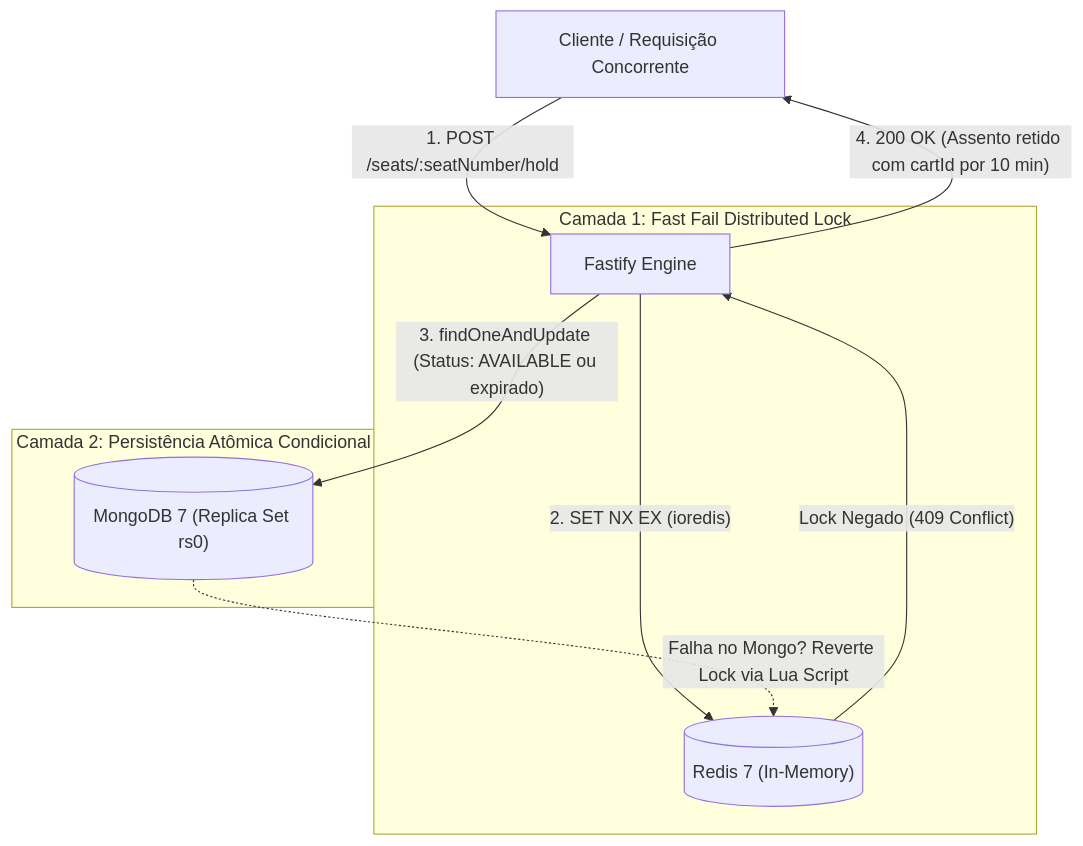
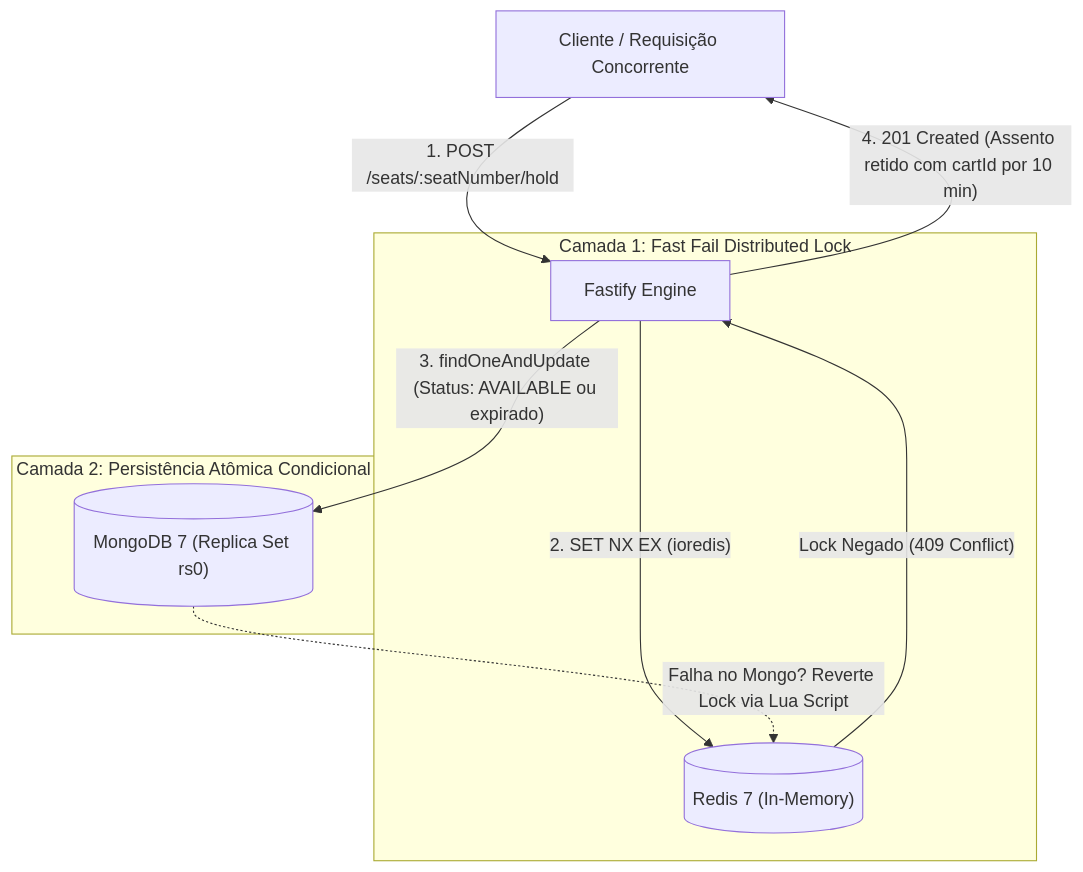
The diagram in README.md (rparana/poc-asaas), drawn with Mermaid before and after one commit. The commit also changed other lines of this file and 5 other files, not shown here.

````diff
--- a/README.md
+++ b/README.md
@@ -17,16 +22,16 @@
 ```mermaid
 flowchart TD
     Client["Cliente / Requisição Concorrente"] -->|"1. POST /seats/:seatNumber/hold"| API["Fastify Engine"]
     
     subgraph Camada 1: Fast Fail Distributed Lock
         API -->|"2. SET NX EX (ioredis)"| Redis[("Redis 7 (In-Memory)")]
         Redis -- "Lock Negado (409 Conflict)" --> API
     end
 
     subgraph Camada 2: Persistência Atômica Condicional
         API -->|"3. findOneAndUpdate (Status: AVAILABLE ou expirado)"| Mongo[("MongoDB 7 (Replica Set rs0)")]
         Mongo -. "Falha no Mongo? Reverte Lock via Lua Script" .-> Redis
     end
 
-    API -->|"4. 200 OK (Assento retido com cartId por 10 min)"| Client
+    API -->|"4. 201 Created (Assento retido com cartId por 10 min)"| Client
 ```
````
